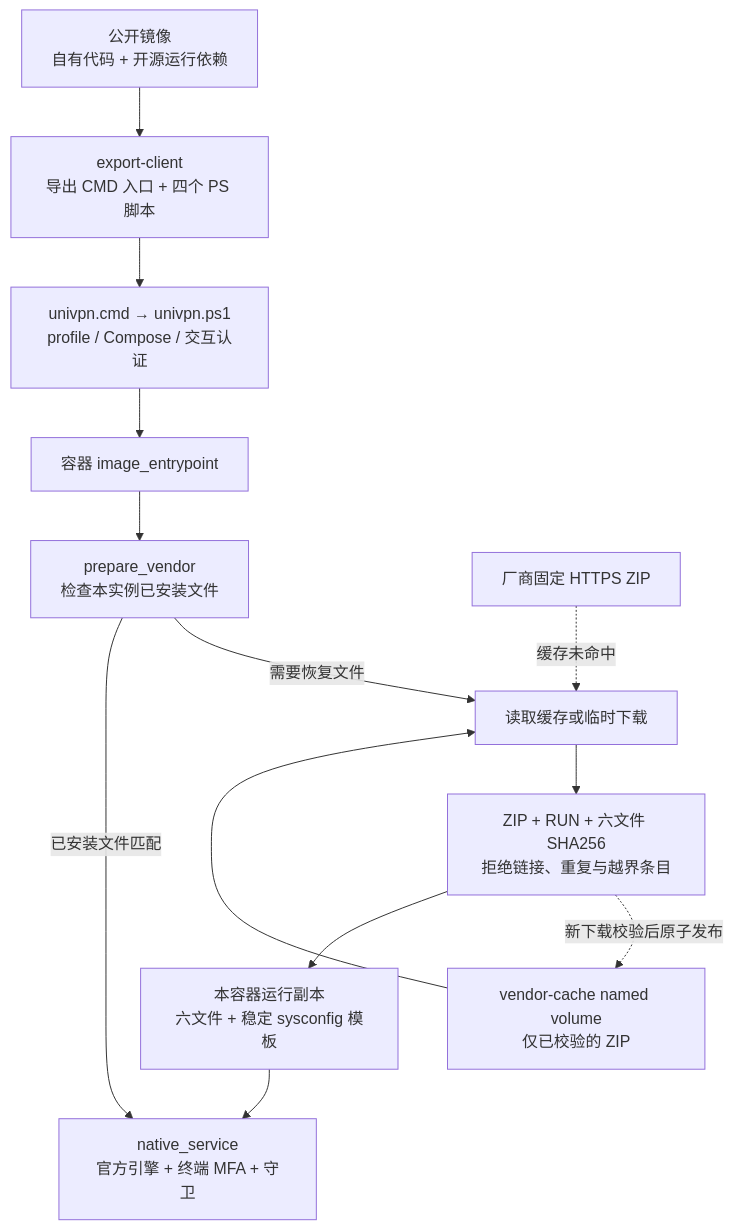
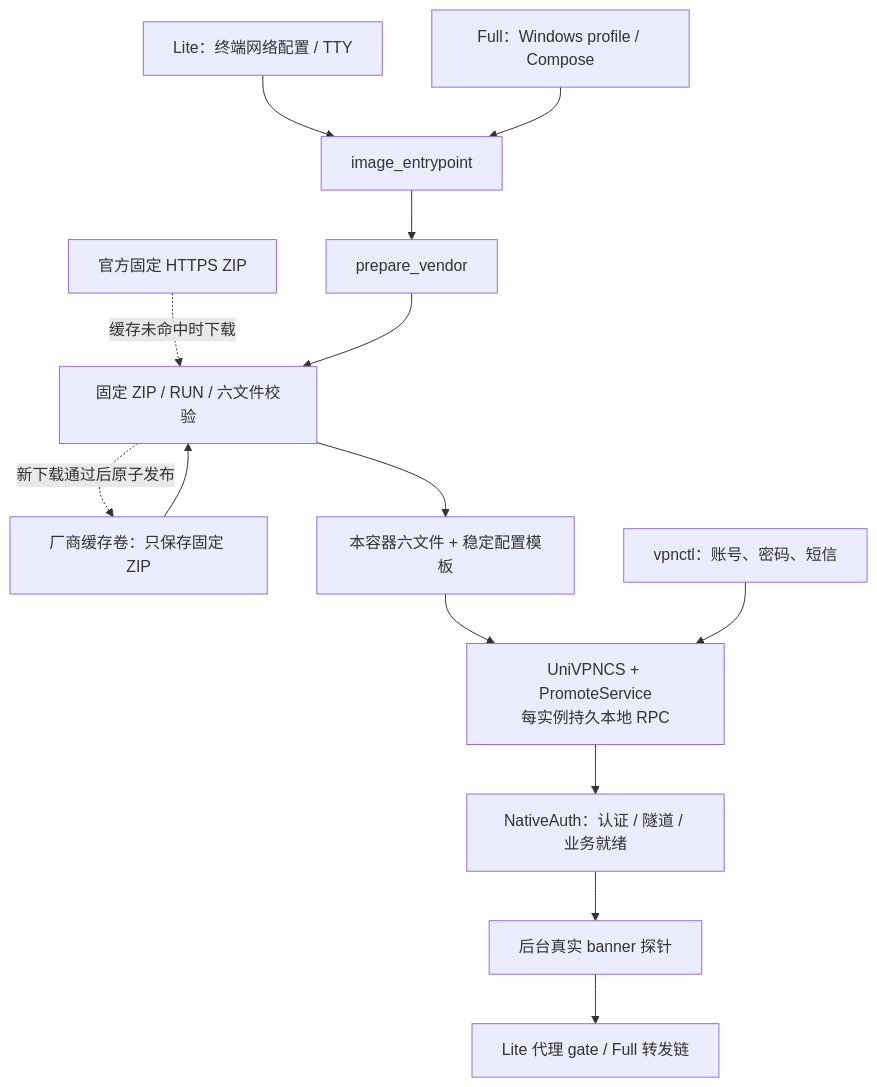
The second of 3 diagrams in docs/architecture.md (JavaZeroo/univpn-docker-gateway), drawn with Mermaid before and after one commit. The commit also changed other lines of this file and 3 other files, not shown here.

Commit message:
docs: publish dual-edition architecture and 0.4 release evidence

````diff
--- a/docs/architecture.md
+++ b/docs/architecture.md
@@ -27,15 +46,16 @@
 ```mermaid
 flowchart TB
-    Hub["公开镜像<br/>自有代码 + 开源运行依赖"] --> Export["export-client<br/>导出 CMD 入口 + 四个 PS 脚本"]
-    Export --> Client["univpn.cmd → univpn.ps1<br/>profile / Compose / 交互认证"]
-    Client --> Entry["容器 image_entrypoint"]
-    Entry --> Prepare["prepare_vendor<br/>检查本实例已安装文件"]
-    Prepare -->|"需要恢复文件"| Read["读取缓存或临时下载"]
-    Official["厂商固定 HTTPS ZIP"] -. "缓存未命中" .-> Read
-    Cache["vendor-cache named volume<br/>仅已校验的 ZIP"] --> Read
-    Read --> Verify["ZIP + RUN + 六文件 SHA256<br/>拒绝链接、重复与越界条目"]
-    Verify -. "新下载校验后原子发布" .-> Cache
-    Verify --> Local["本容器运行副本<br/>六文件 + 稳定 sysconfig 模板"]
-    Local --> Native["native_service<br/>官方引擎 + 终端 MFA + 守卫"]
-    Prepare -->|"已安装文件匹配"| Native
+    L["Lite：终端网络配置 / TTY"] --> Entry["image_entrypoint"]
+    F["Full：Windows profile / Compose"] --> Entry
+    Entry --> Prepare["prepare_vendor"]
+    Official["官方固定 HTTPS ZIP"] -. "缓存未命中时下载" .-> Verify["固定 ZIP / RUN / 六文件校验"]
+    Cache["厂商缓存卷：只保存固定 ZIP"] --> Verify
+    Prepare --> Verify
+    Verify -. "新下载通过后原子发布" .-> Cache
+    Verify --> Files["本容器六文件 + 稳定配置模板"]
+    Files --> Engine["UniVPNCS + PromoteService<br/>每实例持久本地 RPC"]
+    TTY["vpnctl：账号、密码、短信"] --> Engine
+    Engine --> Auth["NativeAuth：认证 / 隧道 / 业务就绪"]
+    Auth --> Guard["后台真实 banner 探针"]
+    Guard --> Gate["Lite 代理 gate / Full 转发链"]
 ```
````
